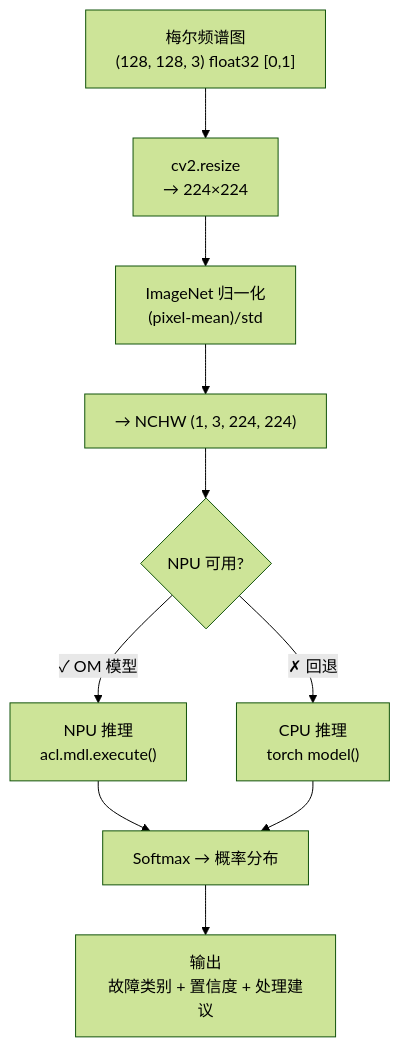
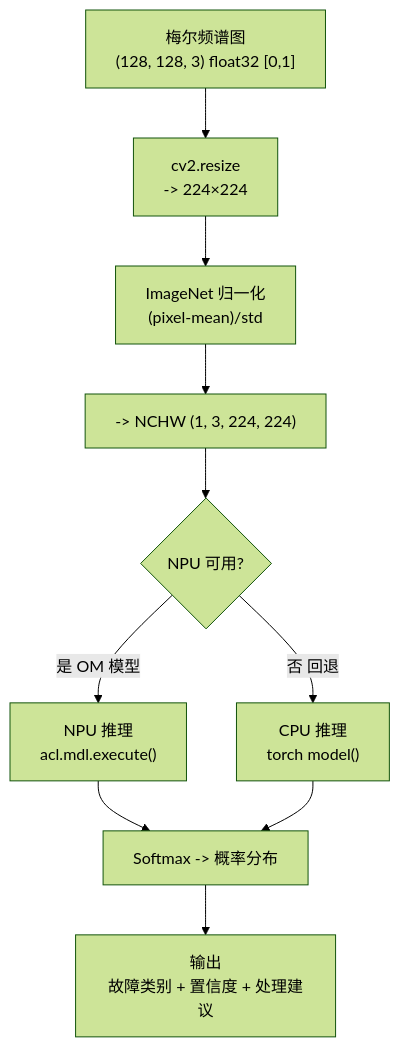
One commit to zhouxzh/Ascend310 changed the fourth of 7 diagrams in src/experiment/case5.md. Above: the diagram before and after it, drawn with Mermaid (forest theme). The commit also changed other lines of this file and 51 other files, not shown here.

````diff
--- a/src/experiment/case5.md
+++ b/src/experiment/case5.md
@@ -261,15 +261,15 @@
 ```mermaid
 flowchart TD
-    INPUT["梅尔频谱图\n(128, 128, 3) float32 [0,1]"] --> RESIZE["cv2.resize\n→ 224×224"]
+    INPUT["梅尔频谱图\n(128, 128, 3) float32 [0,1]"] --> RESIZE["cv2.resize\n-> 224×224"]
     RESIZE --> NORM["ImageNet 归一化\n(pixel-mean)/std"]
-    NORM --> TENSOR["→ NCHW (1, 3, 224, 224)"]
+    NORM --> TENSOR["-> NCHW (1, 3, 224, 224)"]
     TENSOR --> CHECK{"NPU 可用?"}
 
-    CHECK -->|"✓ OM 模型"| NPU_INFER["NPU 推理\nacl.mdl.execute()"]
-    CHECK -->|"✗ 回退"| CPU_INFER["CPU 推理\ntorch model()"]
+    CHECK -->|"是 OM 模型"| NPU_INFER["NPU 推理\nacl.mdl.execute()"]
+    CHECK -->|"否 回退"| CPU_INFER["CPU 推理\ntorch model()"]
 
-    NPU_INFER --> SOFTMAX["Softmax → 概率分布"]
+    NPU_INFER --> SOFTMAX["Softmax -> 概率分布"]
     CPU_INFER --> SOFTMAX
 
     SOFTMAX --> OUTPUT["输出\n故障类别 + 置信度 + 处理建议"]
 ```
````
